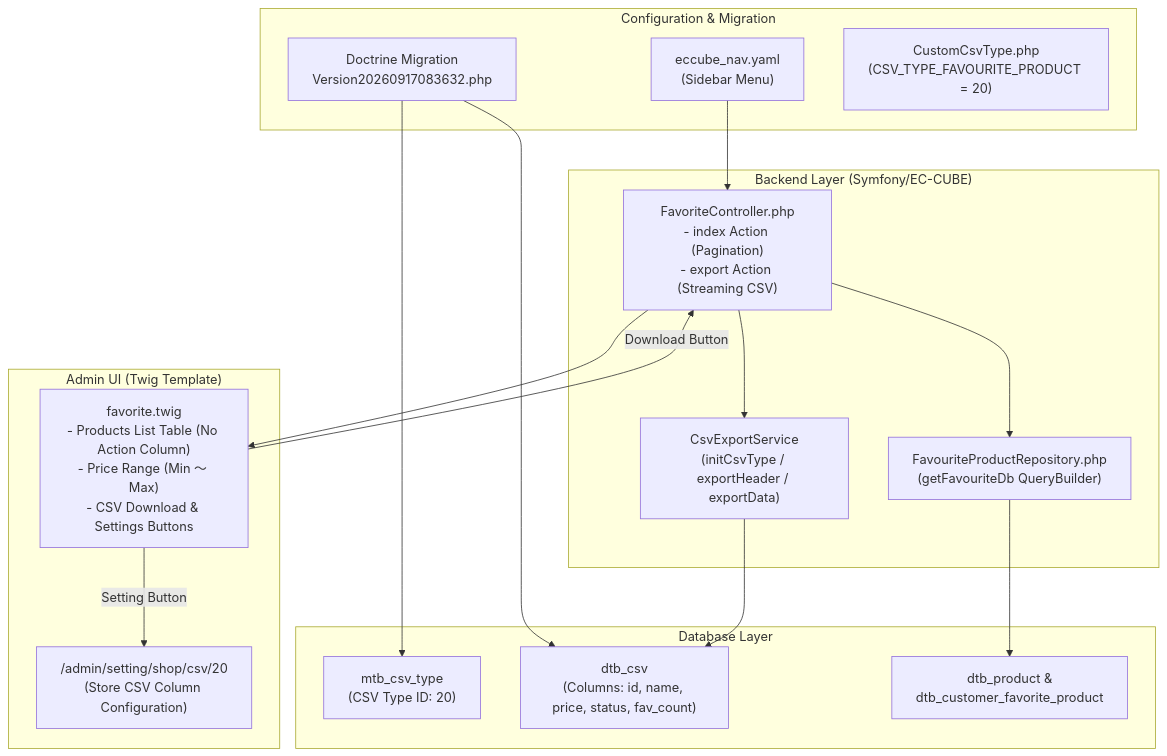
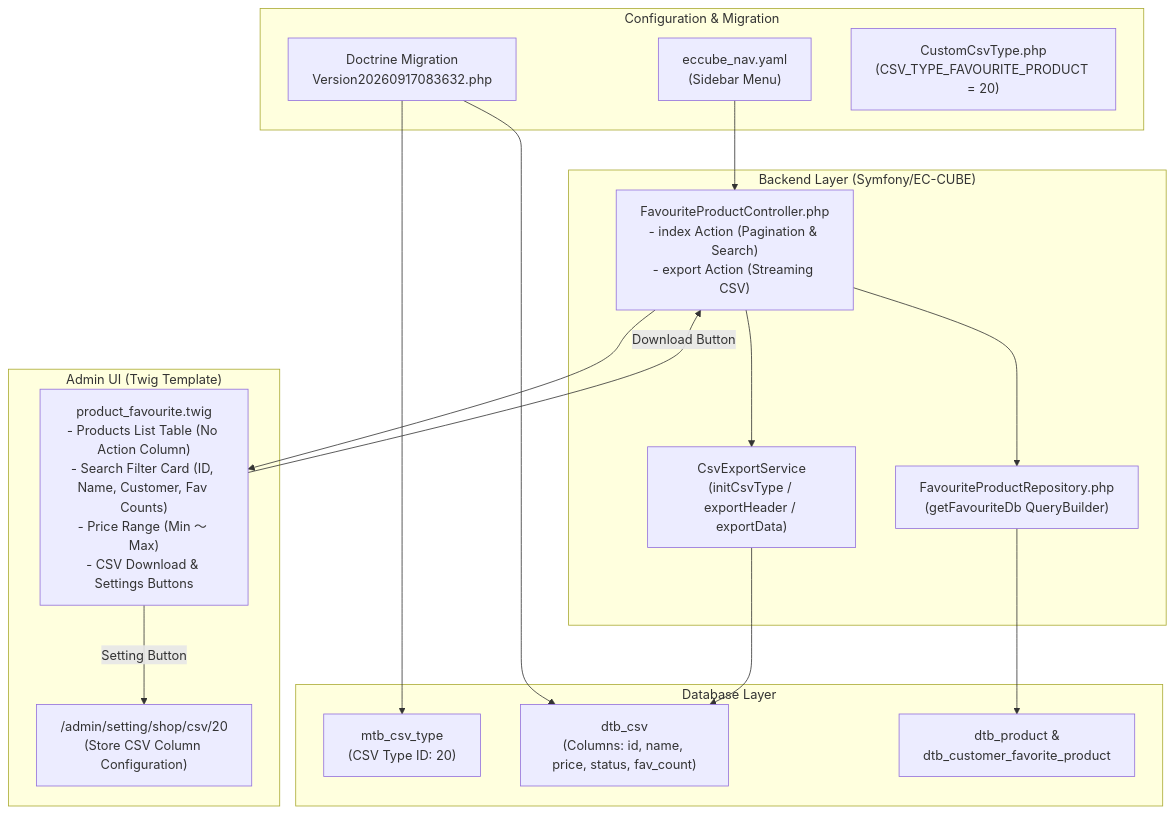
The diagram in My-Task-List-Folder/product-section/favourite_product_and_custom_csv_complete_guide.md (Echo-Scaler/system-eccube), drawn with Mermaid before and after one commit. The commit also changed other lines of this file and 8 other files, not shown here.

Commit message:
refactor: update admin favorite product feature with search filters and remove legacy code

````diff
--- a/My-Task-List-Folder/product-section/favourite_product_and_custom_csv_complete_guide.md
+++ b/My-Task-List-Folder/product-section/favourite_product_and_custom_csv_complete_guide.md
@@ -10,32 +10,32 @@
 ```mermaid
 flowchart TD
     subgraph DB["Database Layer"]
         Mtb["mtb_csv_type<br/>(CSV Type ID: 20)"]
         Dtb["dtb_csv<br/>(Columns: id, name, price, status, fav_count)"]
         Prod["dtb_product &<br/>dtb_customer_favorite_product"]
     end
 
     subgraph Config["Configuration & Migration"]
         Mig["Doctrine Migration<br/>Version20260917083632.php"] --> Mtb & Dtb
         Nav["eccube_nav.yaml<br/>(Sidebar Menu)"]
         Const["CustomCsvType.php<br/>(CSV_TYPE_FAVOURITE_PRODUCT = 20)"]
     end
 
     subgraph Backend["Backend Layer (Symfony/EC-CUBE)"]
         Repo["FavouriteProductRepository.php<br/>(getFavouriteDb QueryBuilder)"]
-        Ctrl["FavoriteController.php<br/>- index Action (Pagination)<br/>- export Action (Streaming CSV)"]
+        Ctrl["FavouriteProductController.php<br/>- index Action (Pagination & Search)<br/>- export Action (Streaming CSV)"]
         Service["CsvExportService<br/>(initCsvType / exportHeader / exportData)"]
     end
 
     subgraph UI["Admin UI (Twig Template)"]
-        View["favorite.twig<br/>- Products List Table (No Action Column)<br/>- Price Range (Min ～ Max)<br/>- CSV Download & Settings Buttons"]
+        View["product_favourite.twig<br/>- Products List Table (No Action Column)<br/>- Search Filter Card (ID, Name, Customer, Fav Counts)<br/>- Price Range (Min ～ Max)<br/>- CSV Download & Settings Buttons"]
         CsvSetting["/admin/setting/shop/csv/20<br/>(Store CSV Column Configuration)"]
     end
 
     Nav --> Ctrl
     Ctrl --> Repo --> Prod
     Ctrl --> Service --> Dtb
     Ctrl --> View
     View -->|Setting Button| CsvSetting
     View -->|Download Button| Ctrl
 ```
````
